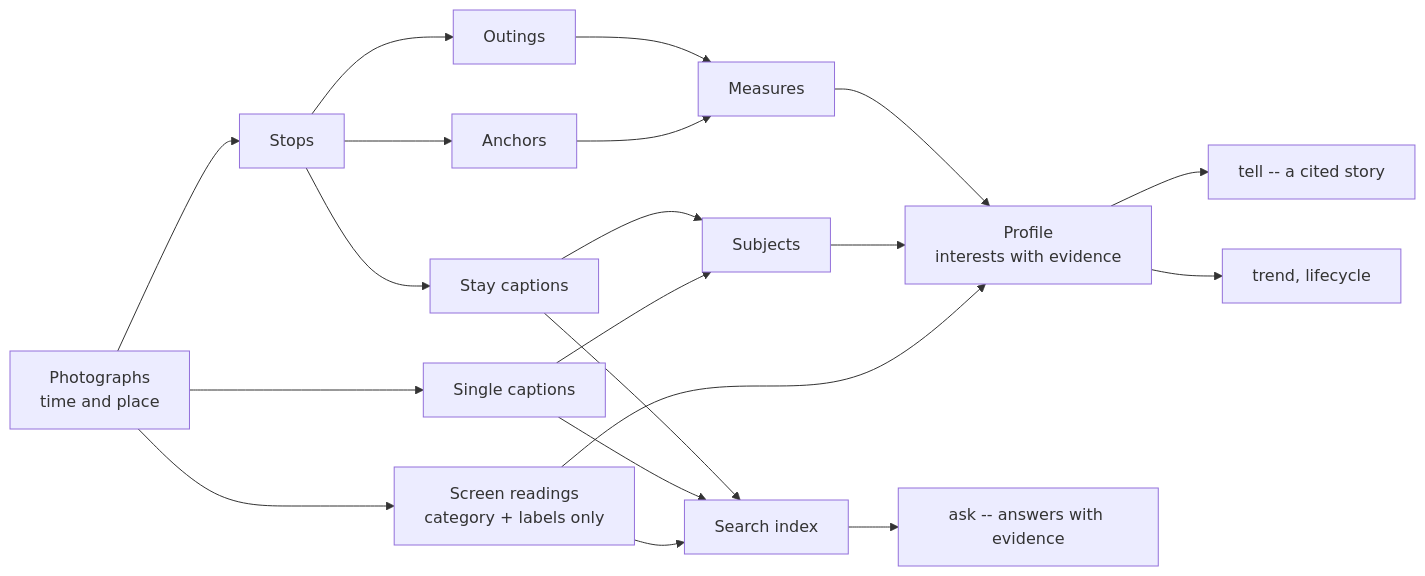
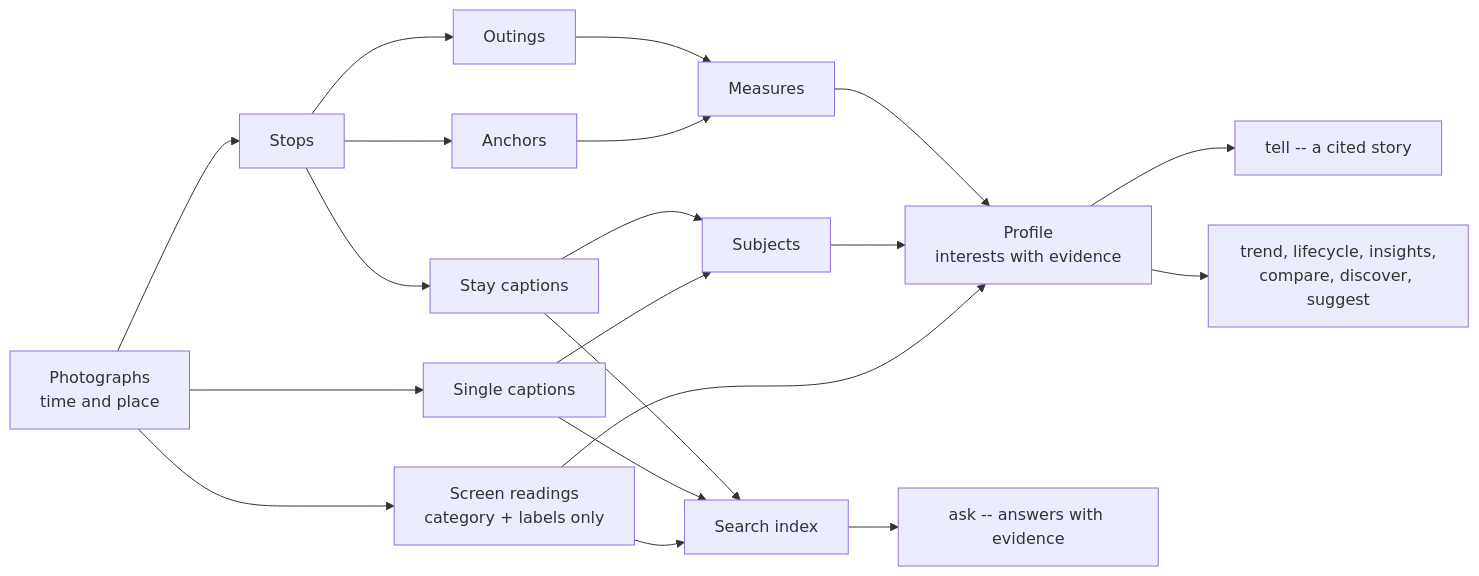
The second of 4 diagrams in README.md (Nananananana/kiseki), drawn with Mermaid before and after one commit. The commit also changed other lines of this file and 6 other files, not shown here.

````diff
--- a/README.md
+++ b/README.md
@@ -271,22 +203,22 @@
 ```mermaid
 flowchart LR
     P["Photographs<br/>time and place"] --> S["Stops"]
     S --> O["Outings"]
     S --> AN["Anchors"]
     O --> M["Measures"]
     AN --> M
     S --> CA["Stay captions"]
     P --> SI["Single captions"]
     P --> SC["Screen readings<br/>category + labels only"]
     CA --> SU["Subjects"]
     SI --> SU
     M --> PR["Profile<br/>interests with evidence"]
     SU --> PR
     SC --> PR
     PR --> TL["tell -- a cited story"]
-    PR --> LC["trend, lifecycle"]
+    PR --> IT["trend, lifecycle, insights,<br/>compare, discover, suggest"]
     CA --> IX["Search index"]
     SI --> IX
     SC --> IX
     IX --> AS["ask -- answers with evidence"]
 ```
````
